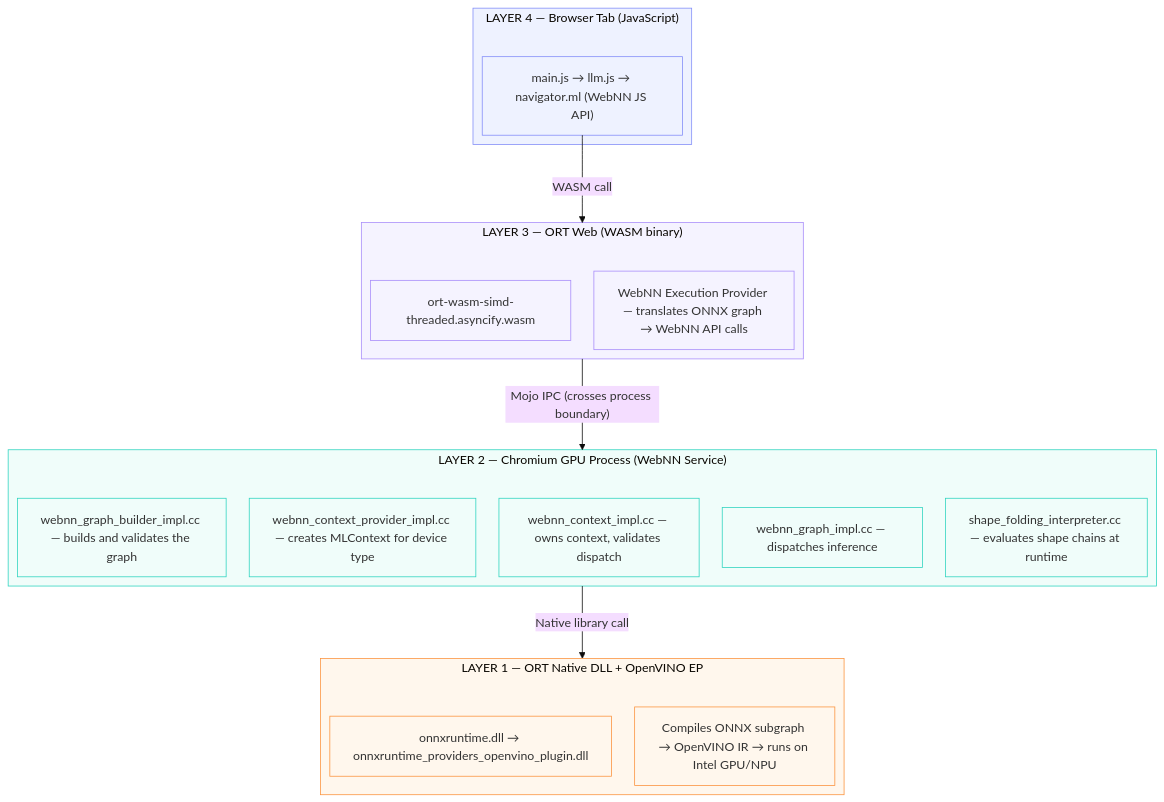
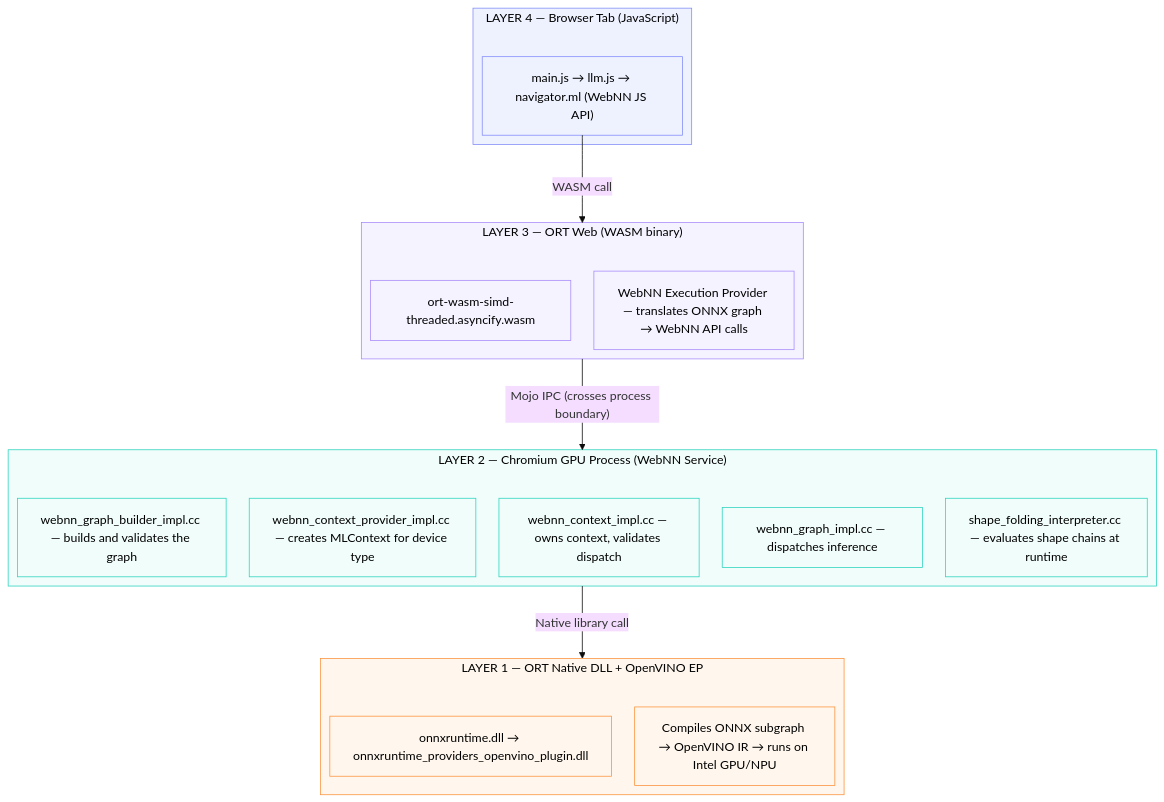
Before and after one commit to arisha07/webnn-developer-preview-genai: the diagram in docs/webnn-text-generation-architecture.md, drawn with Mermaid (base theme).

Commit message:
update flowchart

````diff
--- a/docs/webnn-text-generation-architecture.md
+++ b/docs/webnn-text-generation-architecture.md
@@ -16,42 +16,44 @@
 ```mermaid
 ---
 config:
   layout: elk
 ---
 flowchart TB
     subgraph L4["LAYER 4 — Browser Tab (JavaScript)"]
         L4A["main.js → llm.js → navigator.ml (WebNN JS API)"]
     end
 
     subgraph L3["LAYER 3 — ORT Web (WASM binary)"]
         L3A["ort-wasm-simd-threaded.asyncify.wasm"]
         L3B["WebNN Execution Provider — translates ONNX graph → WebNN API calls"]
     end
 
     subgraph L2["LAYER 2 — Chromium GPU Process (WebNN Service)"]
         L2A["webnn_context_provider_impl.cc — creates MLContext for device type"]
         L2B["webnn_context_impl.cc — owns context, validates dispatch"]
         L2C["webnn_graph_builder_impl.cc — builds and validates the graph"]
         L2D["webnn_graph_impl.cc — dispatches inference"]
         L2E["shape_folding_interpreter.cc — evaluates shape chains at runtime"]
     end
 
     subgraph L1["LAYER 1 — ORT Native DLL + OpenVINO EP"]
         L1A["onnxruntime.dll → onnxruntime_providers_openvino_plugin.dll"]
         L1B["Compiles ONNX subgraph → OpenVINO IR → runs on Intel GPU/NPU"]
     end
 
     L4A -->|"WASM call"| L3
     L3 -->|"Mojo IPC (crosses process boundary)"| L2
     L2 -->|"Native library call"| L1
 
-    classDef layer4 stroke:#818cf8,fill:#eef2ff
-    classDef layer3 stroke:#a78bfa,fill:#f5f3ff
-    classDef layer2 stroke:#2dd4bf,fill:#f0fdfa
-    classDef layer1 stroke:#fb923c,fill:#fff7ed
+    %% styling with enforced black text
+    classDef layer4 stroke:#818cf8,fill:#eef2ff,color:#000;
+    classDef layer3 stroke:#a78bfa,fill:#f5f3ff,color:#000;
+    classDef layer2 stroke:#2dd4bf,fill:#f0fdfa,color:#000;
+    classDef layer1 stroke:#fb923c,fill:#fff7ed,color:#000;
+    classDef default stroke:#000,fill:#fff,color:#000;
 
     class L4,L4A layer4
     class L3,L3A,L3B layer3
     class L2,L2A,L2B,L2C,L2D,L2E layer2
     class L1,L1A,L1B layer1
 ```
````
